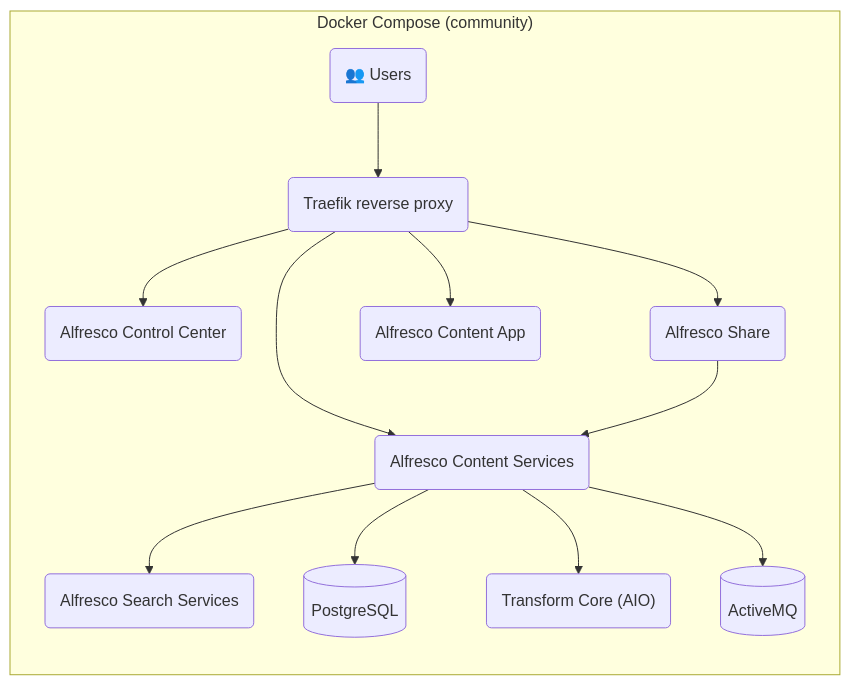
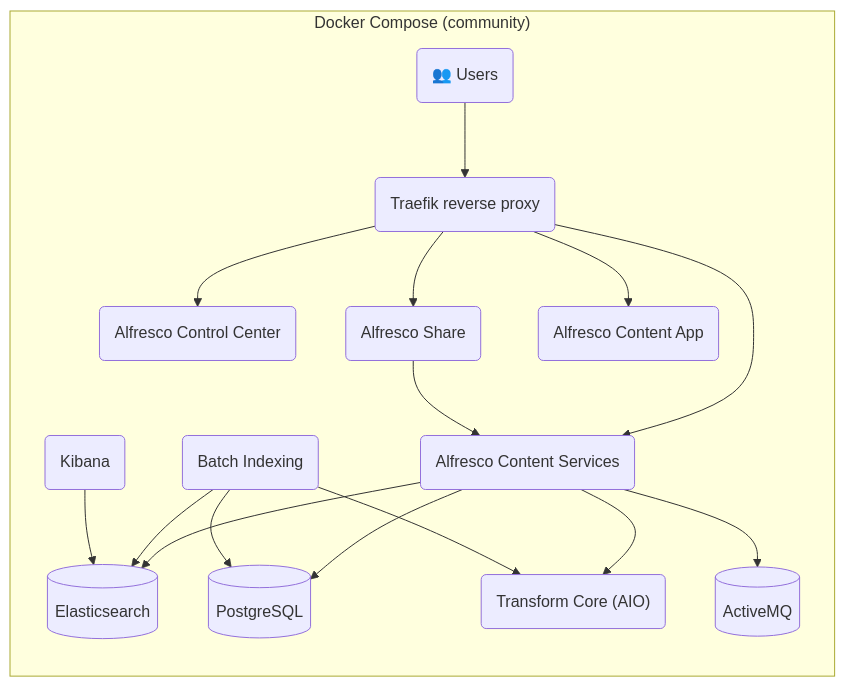
One commit to Alfresco/acs-deployment changed the second of 2 diagrams in docs/docker-compose/README.md. Above: the diagram before and after it, drawn with Mermaid. The commit also changed other lines of this file and 5 other files, not shown here.

First line of the commit message:
Replace Solr6 with Elasticsearch batch indexing in ACS Community compose

````diff
--- a/docs/docker-compose/README.md
+++ b/docs/docker-compose/README.md
@@ -90,32 +90,39 @@
 ```mermaid
 graph TB
 
 subgraph "Docker Compose (community)"
   direction TB
   Client("👥 Users")
   proxy("Traefik reverse proxy")
   acs("Alfresco Content Services")
-  ass("Alfresco Search Services")
+  bi("Batch Indexing")
+  kib("Kibana")
   pg[("PostgreSQL")]
   amq[("ActiveMQ")]
+  es[("Elasticsearch")]
   tcore("Transform Core (AIO)")
 
   acc("Alfresco Control Center")
   share("Alfresco Share")
   aca("Alfresco Content App")
 end
 
 Client --> proxy
 
 proxy --> acc
 proxy --> share
 proxy --> aca
 proxy --> acs
 
-acs --> ass
+acs --> es
 acs --> pg
 acs --> tcore
 acs --> amq
 share --> acs
 
+bi --> es
+bi --> pg
+bi --> tcore
+kib --> es
+
 ```
````
